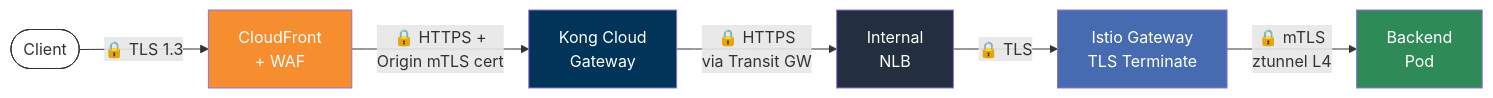
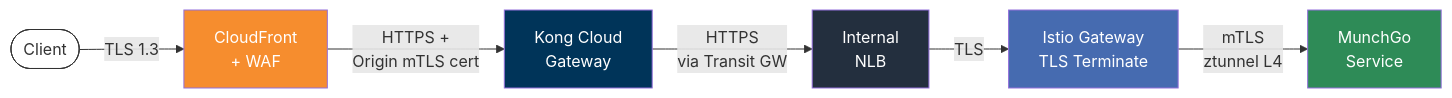
One commit to shanaka-versent/Kong-Konnect-Cloud-Gateway-on-EKS changed the second of 13 diagrams in README.md. Above: the diagram before and after it, drawn with Mermaid. The commit also changed other lines of this file and 41 other files, not shown here.

First line of the commit message:
Deploy MunchGo microservices platform with Istio Ambient Service Mesh

````diff
--- a/README.md
+++ b/README.md
@@ -85,15 +119,15 @@
 ```mermaid
 graph LR
-    C([Client]) -->|"🔒 TLS 1.3"| CF
-    CF[CloudFront<br/>+ WAF] -->|"🔒 HTTPS +<br/>Origin mTLS cert"| Kong
-    Kong[Kong Cloud<br/>Gateway] -->|"🔒 HTTPS<br/>via Transit GW"| NLB[Internal<br/>NLB]
-    NLB -->|"🔒 TLS"| IGW[Istio Gateway<br/>TLS Terminate]
-    IGW -->|"🔒 mTLS<br/>ztunnel L4"| Pod[Backend<br/>Pod]
+    C([Client]) -->|"TLS 1.3"| CF
+    CF[CloudFront<br/>+ WAF] -->|"HTTPS +<br/>Origin mTLS cert"| Kong
+    Kong[Kong Cloud<br/>Gateway] -->|"HTTPS<br/>via Transit GW"| NLB[Internal<br/>NLB]
+    NLB -->|"TLS"| IGW[Istio Gateway<br/>TLS Terminate]
+    IGW -->|"mTLS<br/>ztunnel L4"| Pod[MunchGo<br/>Service]
 
     style C fill:#fff,stroke:#333,color:#333
     style CF fill:#F68D2E,color:#fff
     style Kong fill:#003459,color:#fff
     style NLB fill:#232F3E,color:#fff
     style IGW fill:#466BB0,color:#fff
     style Pod fill:#2E8B57,color:#fff
 ```
````
